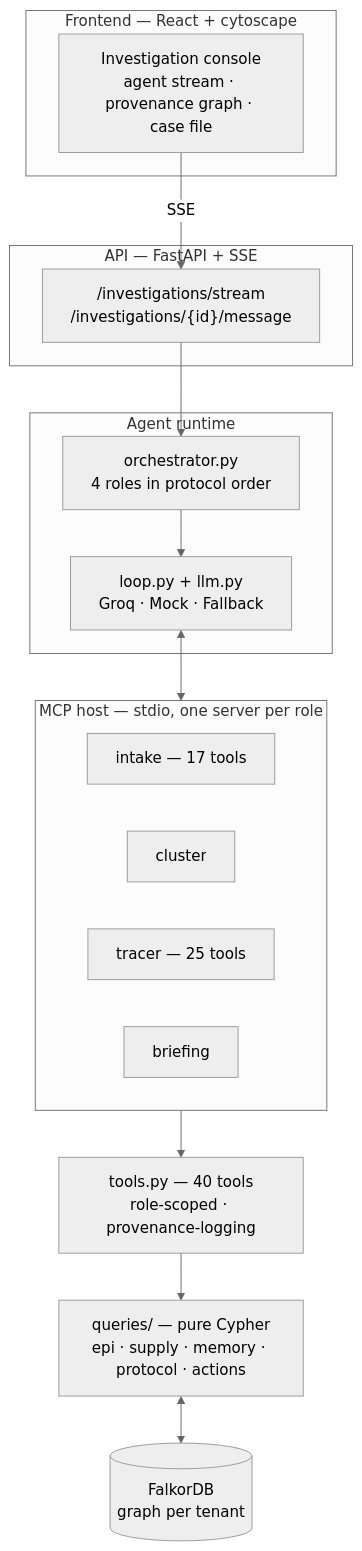
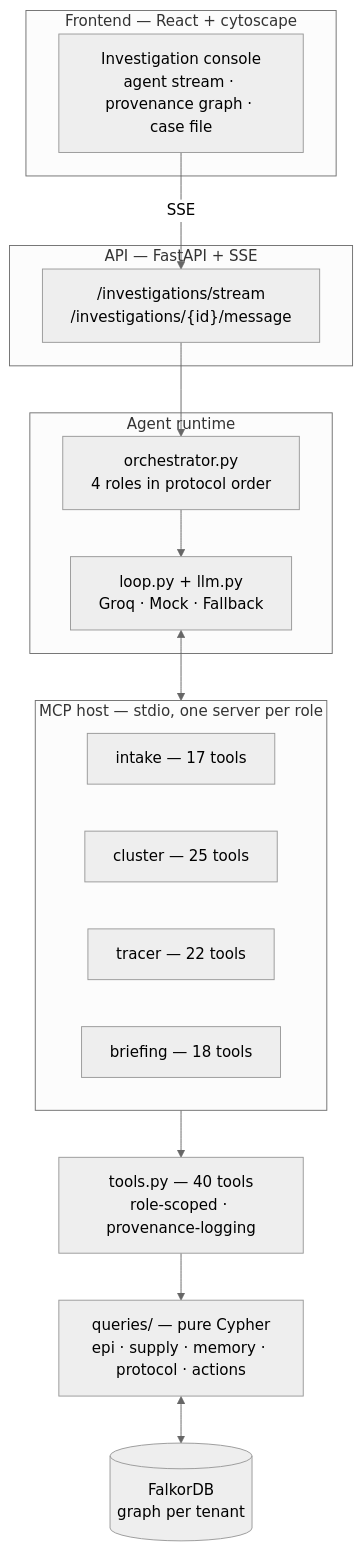
The diagram in README.md (ionfwsrijan/BatchZero), drawn with Mermaid (neutral theme) before and after one commit. The commit also changed other lines of this file and 2 other files, not shown here.

First line of the commit message:
Add 95s demo video; correct role tool-set counts (intake 17 / cluster 25 / tracer 22 / briefing 18)

````diff
--- a/README.md
+++ b/README.md
@@ -96,34 +112,34 @@
 ```mermaid
 flowchart TB
     subgraph UI["Frontend — React + cytoscape"]
         Console["Investigation console<br/>agent stream · provenance graph · case file"]
     end
 
     subgraph API["API — FastAPI + SSE"]
         SSE["/investigations/stream<br/>/investigations/{id}/message"]
     end
 
     subgraph Runtime["Agent runtime"]
         Orch["orchestrator.py<br/>4 roles in protocol order"]
         Loop["loop.py + llm.py<br/>Groq · Mock · Fallback"]
     end
 
     subgraph MCP["MCP host — stdio, one server per role"]
         M1["intake — 17 tools"]
-        M2["cluster"]
-        M3["tracer — 25 tools"]
-        M4["briefing"]
+        M2["cluster — 25 tools"]
+        M3["tracer — 22 tools"]
+        M4["briefing — 18 tools"]
     end
 
     Tools["tools.py — 40 tools<br/>role-scoped · provenance-logging"]
     Queries["queries/ — pure Cypher<br/>epi · supply · memory · protocol · actions"]
     DB[("FalkorDB<br/>graph per tenant")]
 
     Console -->|SSE| SSE
     SSE --> Orch
     Orch --> Loop
     Loop <--> MCP
     MCP --> Tools
     Tools --> Queries
     Queries <--> DB
 ```
````
